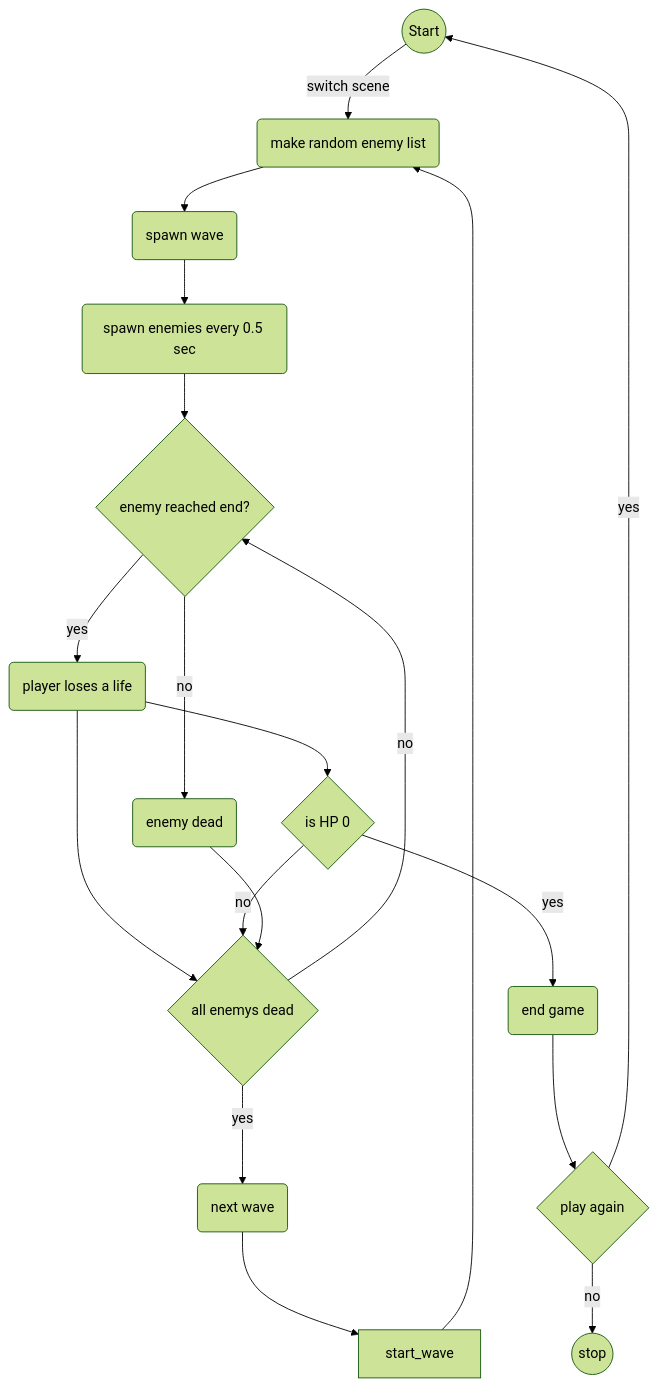
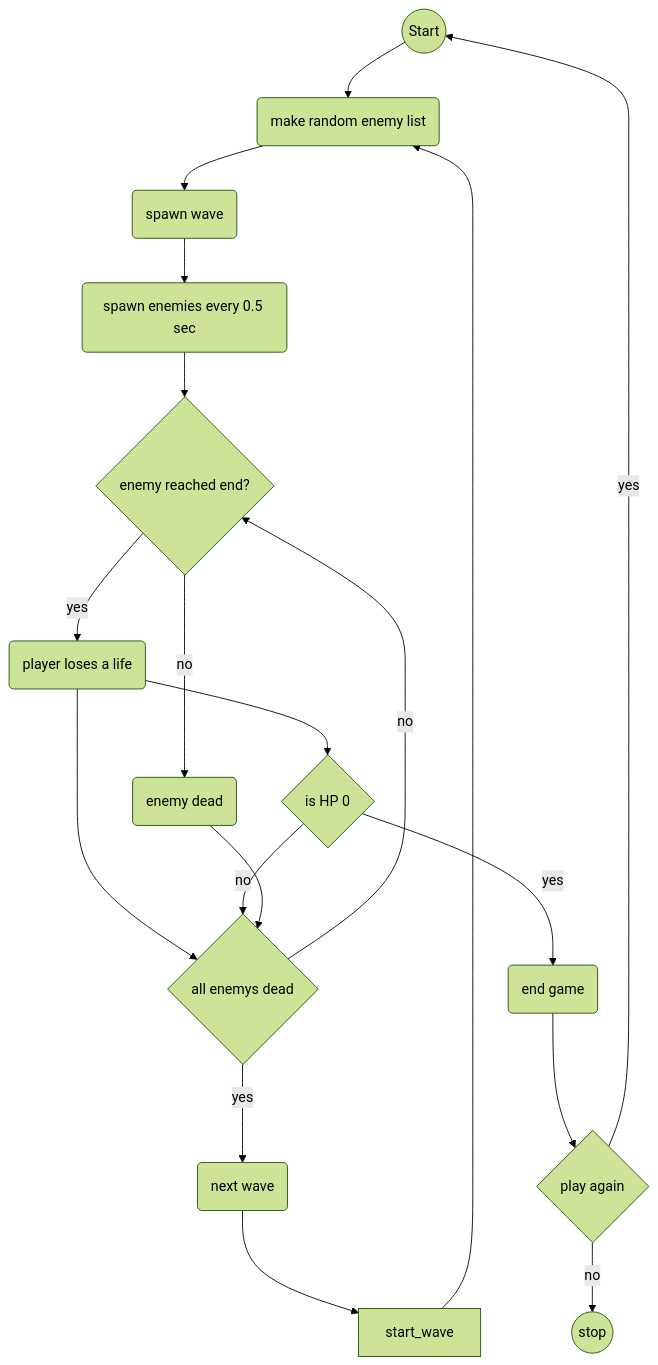
One commit to Mauro-Hendriks/BO changed the diagram in README.md. Above: the diagram before and after it, drawn with Mermaid (forest theme).

`````diff
--- a/README.md
+++ b/README.md
@@ -5,21 +5,21 @@
 ````mermaid
 flowchart TD
-    start((Start)) -->|switch scene| spawn_w(make random enemy list)
+    start((Start)) --> spawn_w(make random enemy list)
     spawn_w --> checken(spawn wave)
     checken --> spawn_e(spawn enemies every 0.5 sec)
     spawn_e --> reached_base{enemy reached end?}
     reached_base -->|yes| lose_life(player loses a life)
     reached_base -->|no| money(enemy dead)
     lose_life --> wave_done{all enemys dead}
     lose_life --> dead{is HP 0}
     dead -->|yes| end_game(end game)
     end_game --> again{play again}
     again -->|yes| start
     again -->|no| quit((stop))
     dead -->|no| wave_done
     money --> wave_done
     wave_done -->|no| reached_base
     wave_done -->|yes| no_more_waves(next wave)
     no_more_waves --> start_wave
     start_wave --> spawn_w
 ````
`````
